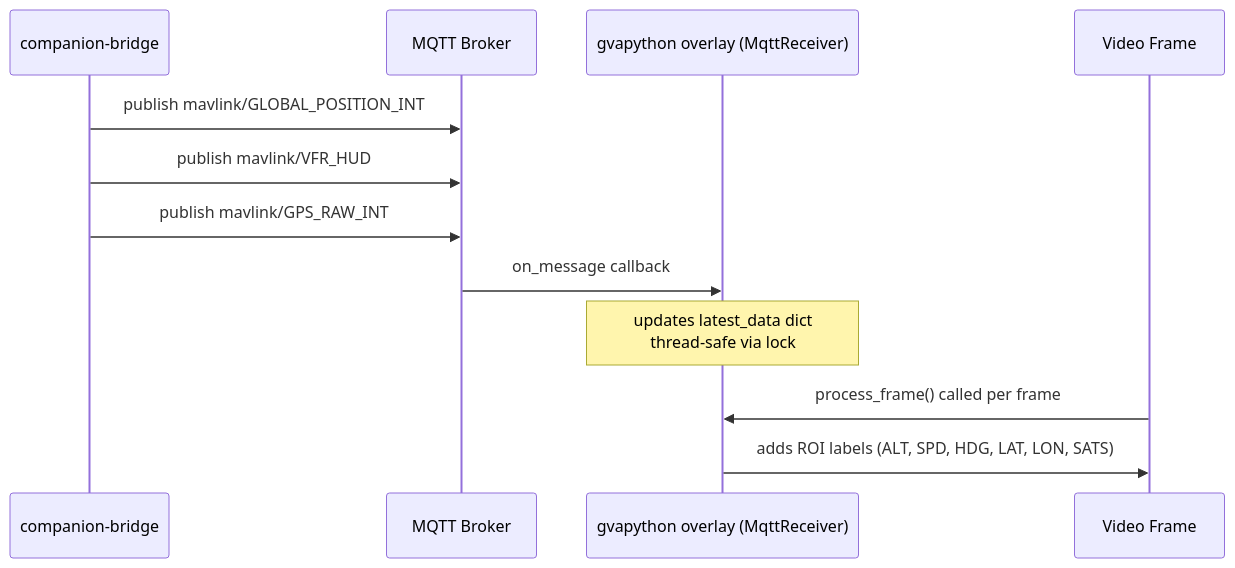
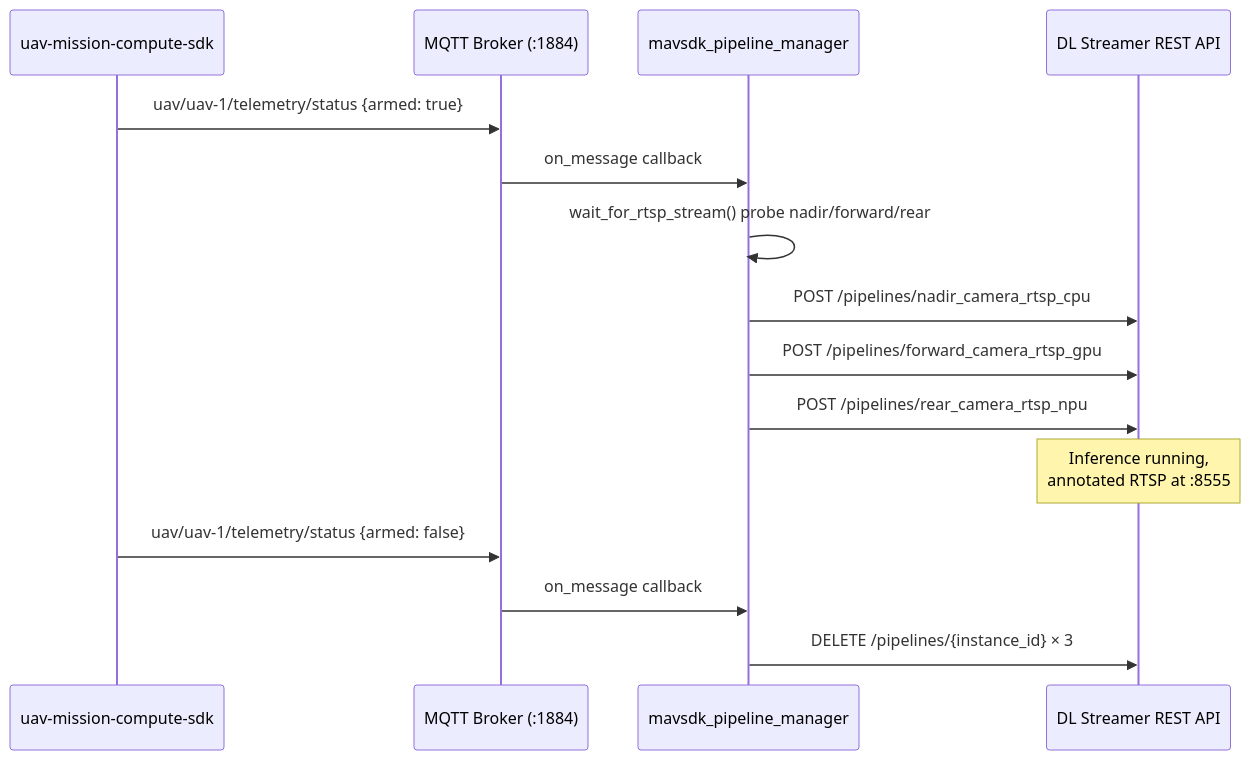
Before and after one commit to open-edge-platform/edge-ai-suites: the fifth of 6 diagrams in federal-aerospace/docs/uav-vision-analytics/overview.md, drawn with Mermaid. The commit also changed other lines of this file and 7 other files, not shown here.

````diff
--- a/federal-aerospace/docs/uav-vision-analytics/overview.md
+++ b/federal-aerospace/docs/uav-vision-analytics/overview.md
@@ -91,15 +133,18 @@
 ```mermaid
 sequenceDiagram
-    participant BRIDGE as companion-bridge
-    participant BROKER as MQTT Broker
-    participant OVL as gvapython overlay (MqttReceiver)
-    participant Frame as Video Frame
+    participant SDK as uav-mission-compute-sdk
+    participant BROKER as MQTT Broker (:1884)
+    participant PM as mavsdk_pipeline_manager
+    participant DLSPS as DL Streamer REST API
 
-    BRIDGE->>BROKER: publish mavlink/GLOBAL_POSITION_INT
-    BRIDGE->>BROKER: publish mavlink/VFR_HUD
-    BRIDGE->>BROKER: publish mavlink/GPS_RAW_INT
-    BROKER->>OVL: on_message callback
-    Note over OVL: updates latest_data dict<br/>thread-safe via lock
-    Frame->>OVL: process_frame() called per frame
-    OVL->>Frame: adds ROI labels (ALT, SPD, HDG, LAT, LON, SATS)
+    SDK->>BROKER: uav/uav-1/telemetry/status {armed: true}
+    BROKER->>PM: on_message callback
+    PM->>PM: wait_for_rtsp_stream() probe nadir/forward/rear
+    PM->>DLSPS: POST /pipelines/nadir_camera_rtsp_cpu
+    PM->>DLSPS: POST /pipelines/forward_camera_rtsp_gpu
+    PM->>DLSPS: POST /pipelines/rear_camera_rtsp_npu
+    Note over DLSPS: Inference running,<br/>annotated RTSP at :8555
+    SDK->>BROKER: uav/uav-1/telemetry/status {armed: false}
+    BROKER->>PM: on_message callback
+    PM->>DLSPS: DELETE /pipelines/{instance_id} × 3
 ```
````
